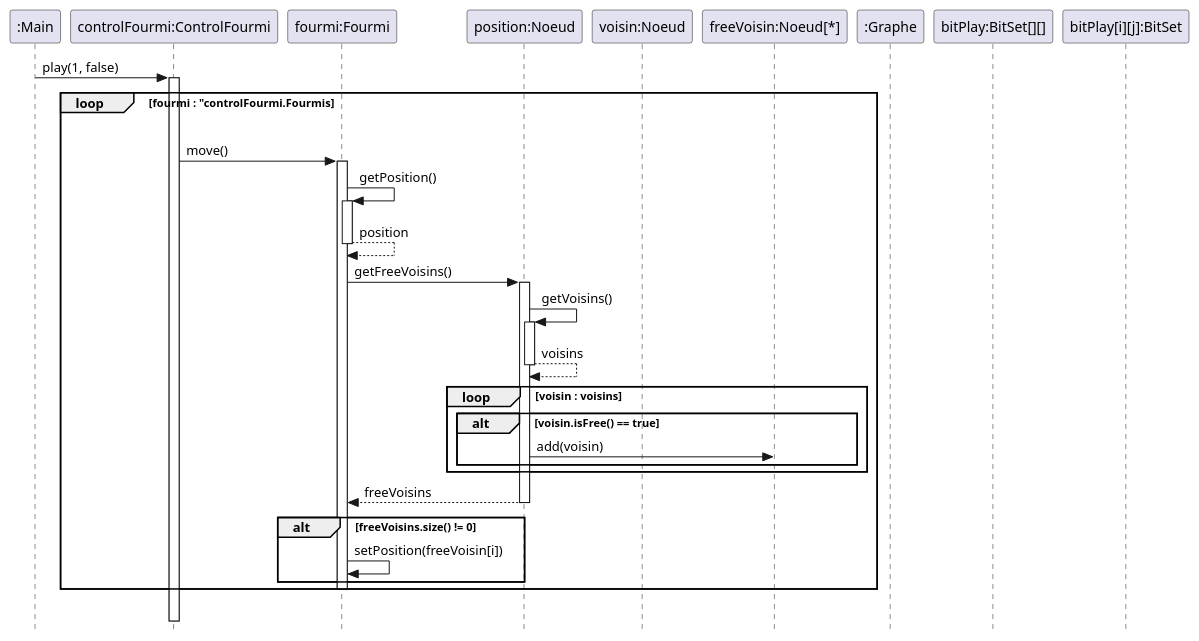
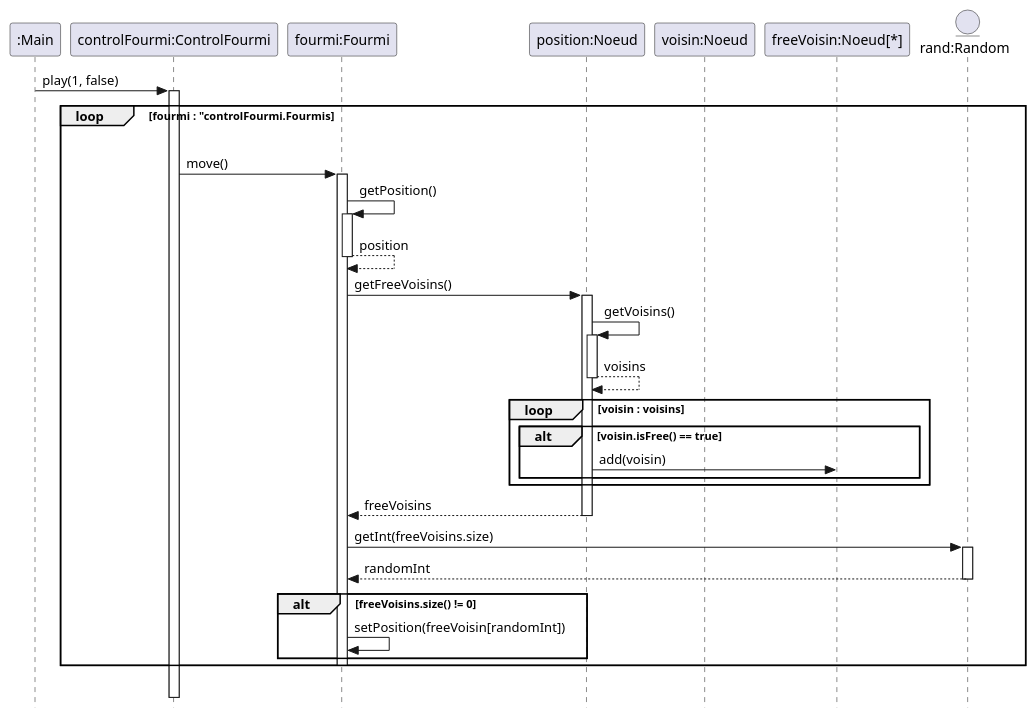
Before and after one commit to ErenMustafaGit/ColonieFourmis: the diagram in src/main/uml/Fourmis_DS.puml, drawn with PlantUML. The commit also changed 2 other files, not shown here.

```diff
--- a/src/main/uml/Fourmis_DS.puml
+++ b/src/main/uml/Fourmis_DS.puml
@@ -1,69 +1,76 @@
 @startuml
 'https://plantuml.com/sequence-diagram
 skinparam style strictuml
 'autonumber
 hide footbox
 
 'title Méthode jouer()
 participant ":Main" as main
 participant "controlFourmi:ControlFourmi" as controlFourmi
 participant "fourmi:Fourmi" as fourmi
 participant "position:Noeud" as position
 participant "voisin:Noeud" as voisin
 participant "freeVoisin:Noeud[*]" as freeVoisins
-participant ":Graphe" as graphe
-participant "bitPlay:BitSet[][]" as bitPlay
-participant "bitPlay[i][j]:BitSet" as bitSet
+entity "rand:Random" as random
+
+'Pour le bitset.. prof a dit pas besoin
+'participant ":Graphe" as graphe
+'participant "bitPlay:BitSet[][]" as bitPlay
+'participant "bitPlay[i][j]:BitSet" as bitSet
 
 main -> controlFourmi ++ : play(1, false)
     loop fourmi : "controlFourmi.Fourmis
     |||
         controlFourmi -> fourmi ++ : move()
         fourmi -> fourmi  ++ : getPosition()
         return position
 
         fourmi -> position ++ : getFreeVoisins()
             position -> position ++ : getVoisins()
             return voisins
             loop voisin : voisins
                 alt voisin.isFree() == true
                     position -> freeVoisins : add(voisin)
                 end
             end
         return freeVoisins
 
+        'nextInt en Java
+        fourmi -> random ++ : getInt(freeVoisins.size)
+        return randomInt
+
         alt freeVoisins.size() != 0
-            fourmi -> fourmi : setPosition(freeVoisin[i])
+            fourmi -> fourmi : setPosition(freeVoisin[randomInt])
         end
         deactivate fourmi
     end
 |||
     'controlFourmi -> graphe ++ : getHeight
     'return height
     'controlFourmi -> graphe ++ : getWidth
     'return width
 
     'create bitPlay
     'controlFourmi -->> bitPlay : instanciate(height, width)
         'loop height
             'loop width
                 'create bitSet
                 'controlFourmi -->> bitSet : instanciate(7)
 
                 'controlFourmi -> graphe ++ : getNoeud(height,width)
                 'return noeud
                 'alt noeud.getNoeudState == STATE.ANTHILL
                     'controlFourmi -> bitSet : set(0,true)
                 'end
                 'alt noeud.getNoeudState == STATE.ANTHILL
                     'controlFourmi -> bitSet : set(0,true)
                 'end
             'end
             'return bitPlay
         'end
 
 deactivate controlFourmi
 
 
 
 @enduml
```
